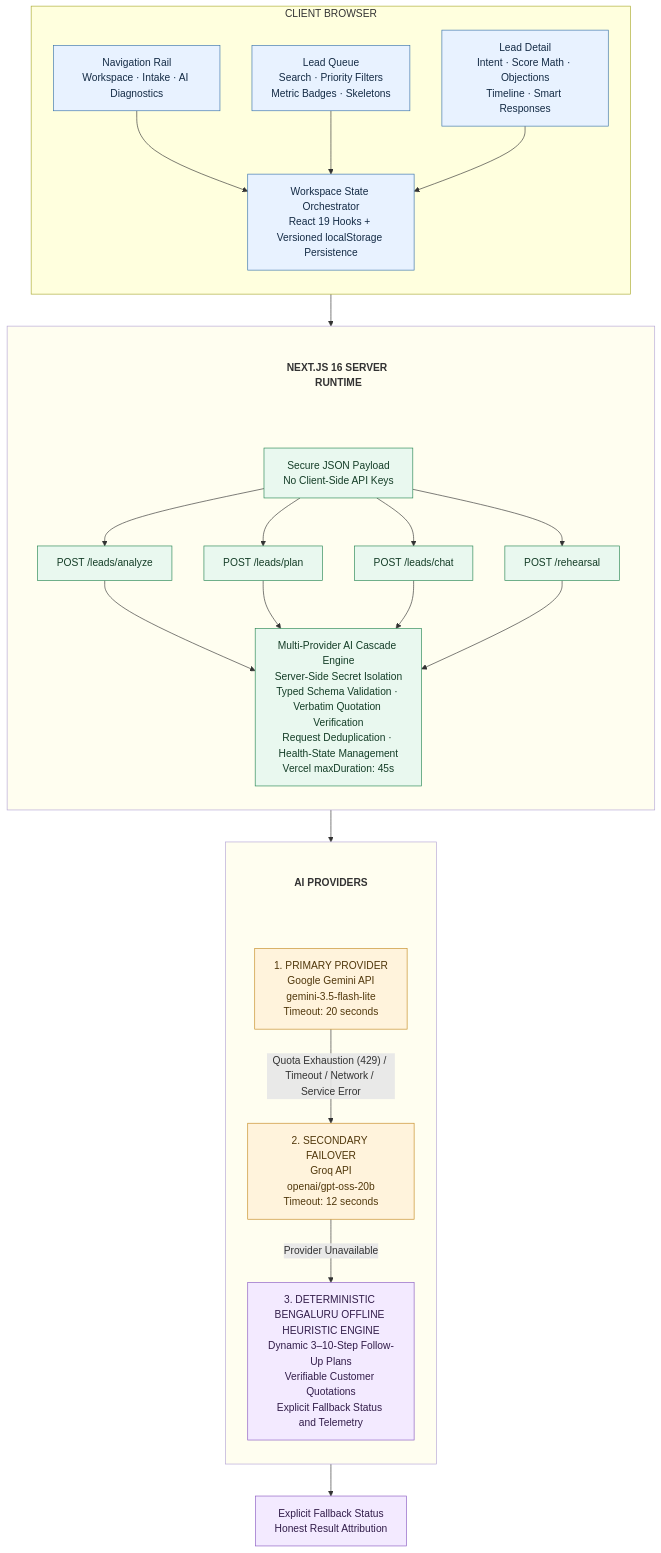
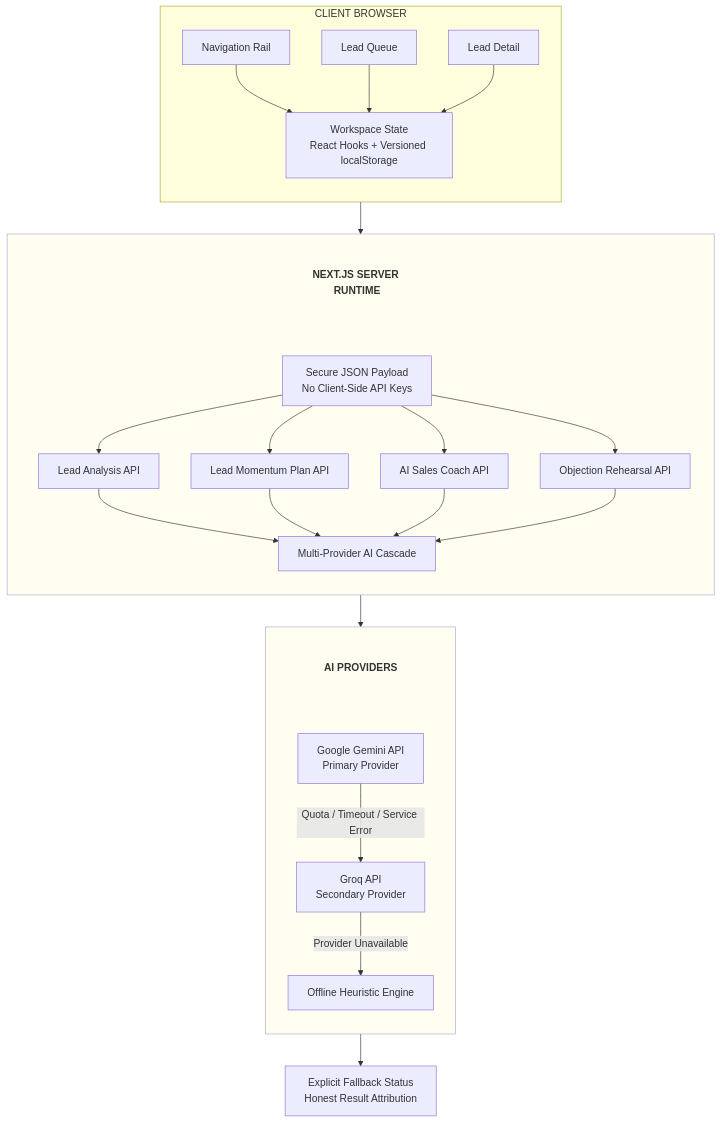
One commit to tharun242005/LeadMotive changed the diagram in README.md. Above: the diagram before and after it, drawn with Mermaid.

Commit message:
Update architecture diagram in README.md

````diff
--- a/README.md
+++ b/README.md
@@ -38,82 +38,65 @@
 ```mermaid
-flowchart TB
-
+flowchart TD
     subgraph CLIENT["CLIENT BROWSER"]
         direction TB
+        A["Navigation Rail"]
+        B["Lead Queue"]
+        C["Lead Detail"]
+        D["Workspace State<br/>React Hooks + Versioned localStorage"]
 
-        NAV["Navigation Rail<br/>Workspace · Intake · AI Diagnostics"]
-        QUEUE["Lead Queue<br/>Search · Priority Filters<br/>Metric Badges · Skeletons"]
-        DETAIL["Lead Detail<br/>Intent · Score Math · Objections<br/>Timeline · Smart Responses"]
-
-        STATE["Workspace State Orchestrator<br/>React 19 Hooks + Versioned localStorage Persistence"]
-
-        NAV --> STATE
-        QUEUE --> STATE
-        DETAIL --> STATE
+        A --> D
+        B --> D
+        C --> D
     end
 
     subgraph SERVER[" "]
         direction TB
 
-        SERVER_TITLE["NEXT.JS 16 SERVER RUNTIME"]
+        SERVER_TITLE["NEXT.JS SERVER RUNTIME"]
+        E["Secure JSON Payload<br/>No Client-Side API Keys"]
 
-        PAYLOAD["Secure JSON Payload<br/>No Client-Side API Keys"]
+        F["Lead Analysis API"]
+        G["Lead Momentum Plan API"]
+        H["AI Sales Coach API"]
+        I["Objection Rehearsal API"]
 
-        API_ANALYZE["POST /leads/analyze"]
-        API_PLAN["POST /leads/plan"]
-        API_CHAT["POST /leads/chat"]
-        API_REHEARSAL["POST /rehearsal"]
+        J["Multi-Provider AI Cascade"]
 
-        ENGINE["Multi-Provider AI Cascade Engine<br/>Server-Side Secret Isolation<br/>Typed Schema Validation · Verbatim Quotation Verification<br/>Request Deduplication · Health-State Management<br/>Vercel maxDuration: 45s"]
+        SERVER_TITLE ~~~ E
 
-        SERVER_TITLE ~~~ PAYLOAD
+        E --> F
+        E --> G
+        E --> H
+        E --> I
 
-        PAYLOAD --> API_ANALYZE
-        PAYLOAD --> API_PLAN
-        PAYLOAD --> API_CHAT
-        PAYLOAD --> API_REHEARSAL
-
-        API_ANALYZE --> ENGINE
-        API_PLAN --> ENGINE
-        API_CHAT --> ENGINE
-        API_REHEARSAL --> ENGINE
+        F --> J
+        G --> J
+        H --> J
+        I --> J
     end
 
     subgraph PROVIDERS[" "]
         direction TB
 
         PROVIDERS_TITLE["AI PROVIDERS"]
 
-        GEMINI["1. PRIMARY PROVIDER<br/>Google Gemini API<br/>gemini-3.5-flash-lite<br/>Timeout: 20 seconds"]
+        K["Google Gemini API<br/>Primary Provider"]
+        L["Groq API<br/>Secondary Provider"]
+        M["Offline Heuristic Engine"]
 
-        GROQ["2. SECONDARY FAILOVER<br/>Groq API<br/>openai/gpt-oss-20b<br/>Timeout: 12 seconds"]
+        PROVIDERS_TITLE ~~~ K
 
-        FALLBACK["3. DETERMINISTIC BENGALURU OFFLINE HEURISTIC ENGINE<br/>Dynamic 3–10-Step Follow-Up Plans<br/>Verifiable Customer Quotations<br/>Explicit Fallback Status and Telemetry"]
-
-        PROVIDERS_TITLE ~~~ GEMINI
-
-        GEMINI -->|"Quota Exhaustion (429) / Timeout / Network / Service Error"| GROQ
-        GROQ -->|"Provider Unavailable"| FALLBACK
+        K -->|"Quota / Timeout / Service Error"| L
+        L -->|"Provider Unavailable"| M
     end
 
-    STATUS["Explicit Fallback Status<br/>Honest Result Attribution"]
+    D --> E
+    J --> K
+    M --> N["Explicit Fallback Status<br/>Honest Result Attribution"]
 
-    STATE --> PAYLOAD
-    ENGINE --> GEMINI
-    FALLBACK --> STATUS
-
-    classDef client fill:#e8f2ff,stroke:#3973ac,color:#142b45
-    classDef server fill:#e9f8ef,stroke:#288653,color:#143d27
-    classDef provider fill:#fff3dc,stroke:#c58b24,color:#50370b
-    classDef fallback fill:#f3eaff,stroke:#8a5bc2,color:#321d4a
     classDef sectionTitle fill:transparent,stroke:transparent,color:#333333,font-weight:bold
-
-    class NAV,QUEUE,DETAIL,STATE client
-    class PAYLOAD,API_ANALYZE,API_PLAN,API_CHAT,API_REHEARSAL,ENGINE server
-    class GEMINI,GROQ provider
-    class FALLBACK,STATUS fallback
     class SERVER_TITLE,PROVIDERS_TITLE sectionTitle
 
     style SERVER fill:#fffef0,stroke:#b5a5d5,stroke-width:1px
     style PROVIDERS fill:#fffef0,stroke:#b5a5d5,stroke-width:1px
 ```
````
